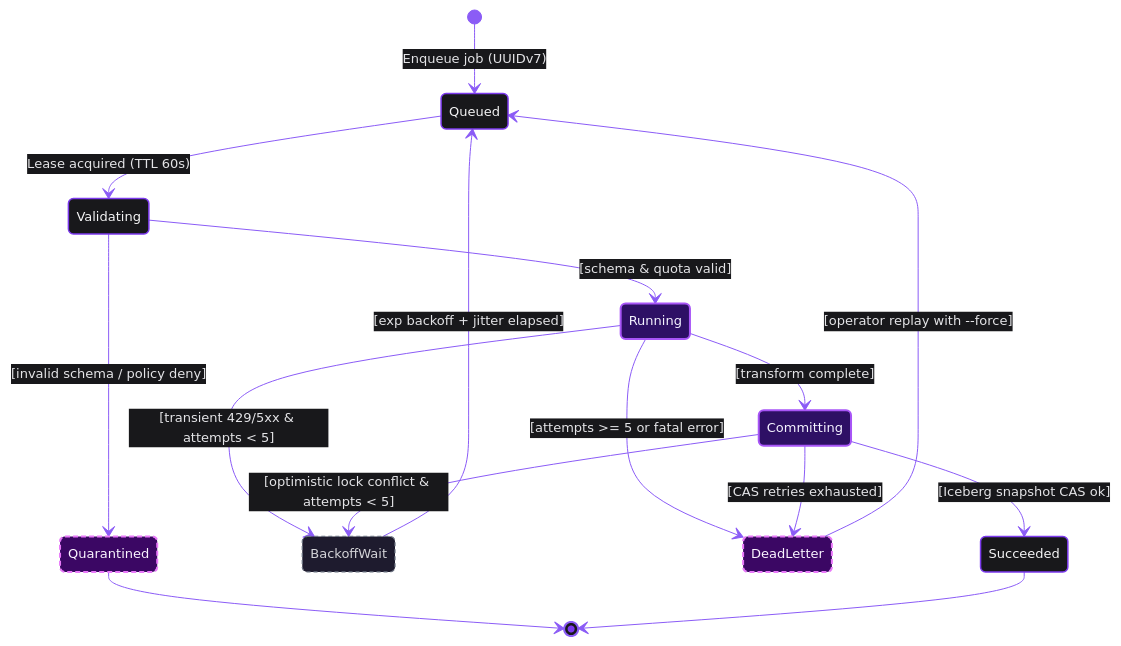
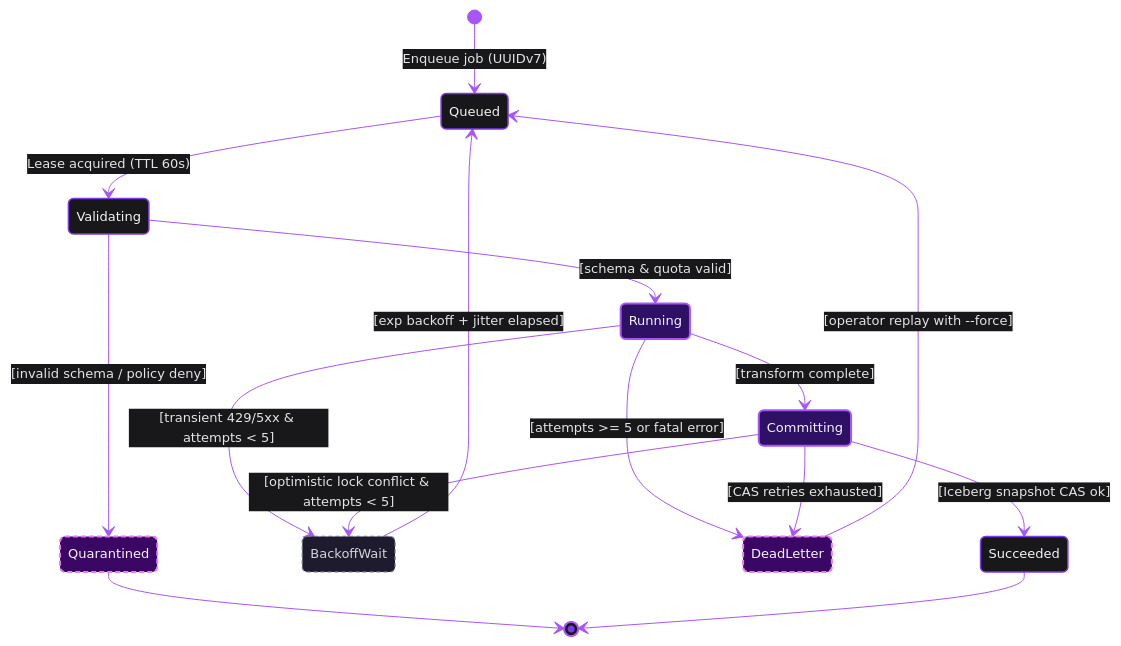
One commit to x-ruiz/playground-ai-engineering changed the third of 5 diagrams in skills/mermaid-diagrams/references/staff_exemplars.md. Above: the diagram before and after it, drawn with Mermaid. The commit also changed other lines of this file and 4 other files, not shown here.

Commit message:
fix(skills): enforce obsidian dark mode canvas and darkMode themeVariables

````diff
--- a/skills/mermaid-diagrams/references/staff_exemplars.md
+++ b/skills/mermaid-diagrams/references/staff_exemplars.md
@@ -129,33 +129,33 @@
 ```mermaid
-%%{init: {"theme": "base", "themeVariables": {"background": "#09090B", "primaryColor": "#18181B", "primaryTextColor": "#F4F4F5", "primaryBorderColor": "#7C3AED", "lineColor": "#8B5CF6", "secondaryColor": "#16141F", "tertiaryColor": "#0F0F14", "edgeLabelBackground": "#18181B", "transitionColor": "#8B5CF6", "transitionLabelColor": "#E4E4E7", "stateBkg": "#18181B", "stateLabelColor": "#F4F4F5", "compositeBackground": "#0F0F14", "compositeTitleBackground": "#2E1065", "fontFamily": "Inter, ui-sans-serif, system-ui, -apple-system, sans-serif", "fontSize": "13px"}}}%%
+%%{init: {"theme": "base", "themeCSS": "svg { background-color: #09090B !important; border-radius: 8px; }", "themeVariables": {"darkMode": true, "background": "#09090B", "mainBkg": "#18181B", "textColor": "#F4F4F5", "primaryColor": "#18181B", "primaryTextColor": "#F4F4F5", "primaryBorderColor": "#7C3AED", "lineColor": "#A855F7", "secondaryColor": "#16141F", "tertiaryColor": "#0F0F14", "altBackground": "#16141F", "edgeLabelBackground": "#18181B", "labelBackgroundColor": "#18181B", "transitionColor": "#A855F7", "transitionLabelColor": "#E4E4E7", "stateBkg": "#18181B", "stateLabelColor": "#F4F4F5", "compositeBackground": "#0F0F14", "compositeTitleBackground": "#2E1065", "fontFamily": "Inter, ui-sans-serif, system-ui, -apple-system, sans-serif", "fontSize": "13px"}}}%%
 stateDiagram-v2
     [*] --> Queued: Enqueue job (UUIDv7)
 
     Queued --> Validating: Lease acquired (TTL 60s)
     Validating --> Running: [schema & quota valid]
     Validating --> Quarantined: [invalid schema / policy deny]
 
     Running --> Committing: [transform complete]
     Running --> BackoffWait: [transient 429/5xx & attempts < 5]
     Running --> DeadLetter: [attempts >= 5 or fatal error]
 
     BackoffWait --> Queued: [exp backoff + jitter elapsed]
 
     Committing --> Succeeded: [Iceberg snapshot CAS ok]
     Committing --> BackoffWait: [optimistic lock conflict & attempts < 5]
     Committing --> DeadLetter: [CAS retries exhausted]
 
     DeadLetter --> Queued: [operator replay with --force]
     Quarantined --> [*]
     Succeeded --> [*]
 
     classDef core fill:#2E1065,stroke:#A855F7,stroke-width:2px,color:#F5F3FF
     classDef service fill:#18181B,stroke:#7C3AED,stroke-width:1.5px,color:#F4F4F5
     classDef async fill:#1E1B2E,stroke:#6B7280,stroke-width:1.25px,stroke-dasharray:4 3,color:#D4D4D8
     classDef guard fill:#3B0764,stroke:#E879F9,stroke-width:2px,stroke-dasharray:5 3,color:#FAF5FF
 
     class Running,Committing core
     class Queued,Validating,Succeeded service
     class BackoffWait async
     class Quarantined,DeadLetter guard
 ```
````
